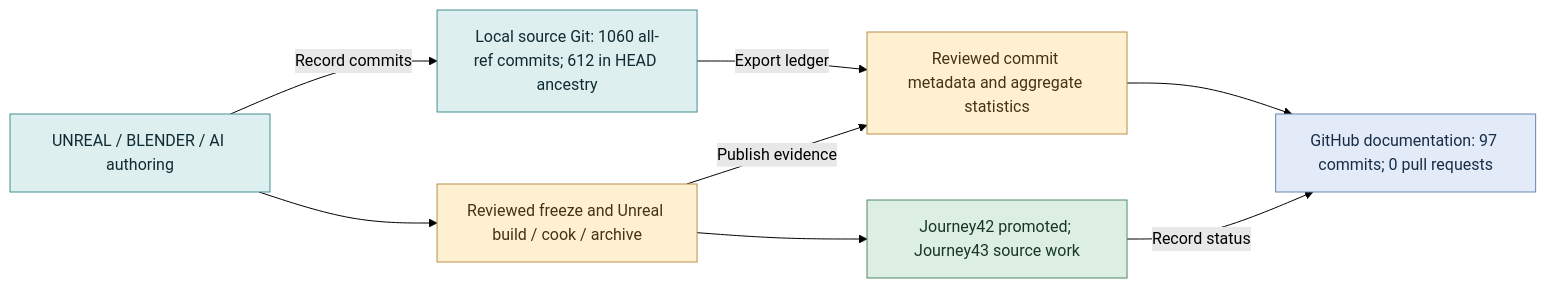
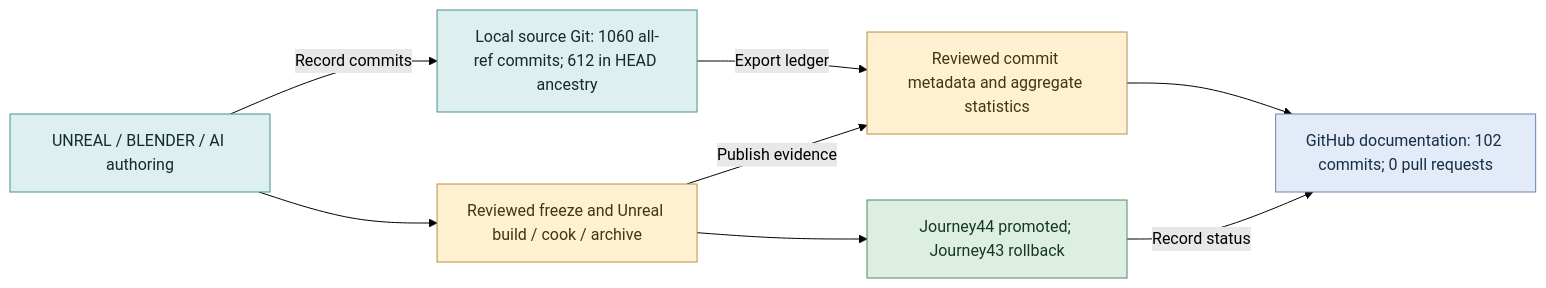
One commit to CA-The-destroyer/G-Ash_Road_ep1 changed the diagram in docs/diagrams/development-history-flow.mmd. Above: the diagram before and after it, drawn with Mermaid (forest theme). The commit also changed 14 other files, not shown here.

Commit message:
docs: refresh measured stats, Journey44 summary and development flow

```diff
--- a/docs/diagrams/development-history-flow.mmd
+++ b/docs/diagrams/development-history-flow.mmd
@@ -1,16 +1,16 @@
 flowchart LR
     authorWork["UNREAL / BLENDER / AI authoring"] --> freezeUat["Reviewed freeze and Unreal build / cook / archive"]
-    freezeUat --> playableRelease["Journey42 promoted; Journey43 source work"]
+    freezeUat --> playableRelease["Journey44 promoted; Journey43 rollback"]
     authorWork -->|"Record commits"| sourceHistory["Local source Git: 1060 all-ref commits; 612 in HEAD ancestry"]
     sourceHistory -->|"Export ledger"| publicMetadata["Reviewed commit metadata and aggregate statistics"]
     freezeUat -->|"Publish evidence"| publicMetadata
-    publicMetadata --> docsHistory["GitHub documentation: 97 commits; 0 pull requests"]
+    publicMetadata --> docsHistory["GitHub documentation: 102 commits; 0 pull requests"]
     playableRelease -->|"Record status"| docsHistory
     classDef source fill:#DDEFEF,stroke:#478F91,color:#102B32;
     classDef delivery fill:#FFF0D2,stroke:#B98E49,color:#443315;
     classDef released fill:#DDEFE3,stroke:#508965,color:#173625;
     classDef docs fill:#E2EBF7,stroke:#6686B0,color:#172D48;
     class authorWork,sourceHistory source;
     class freezeUat,publicMetadata delivery;
     class playableRelease released;
     class docsHistory docs;
```
